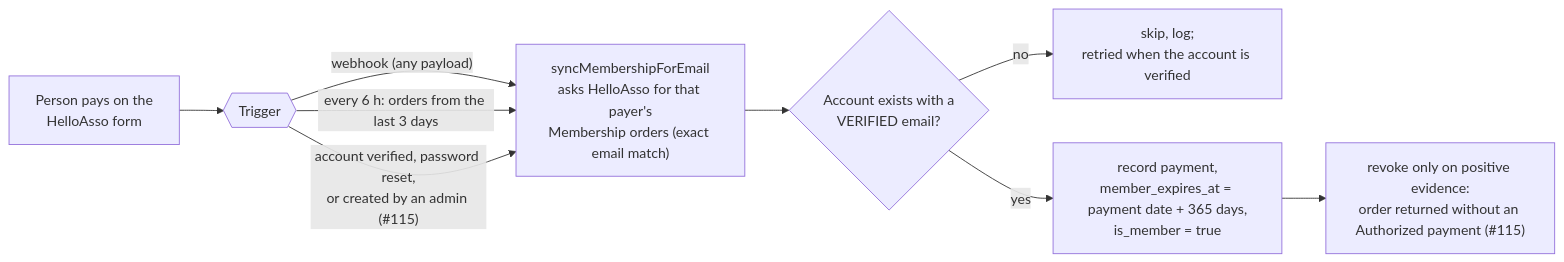
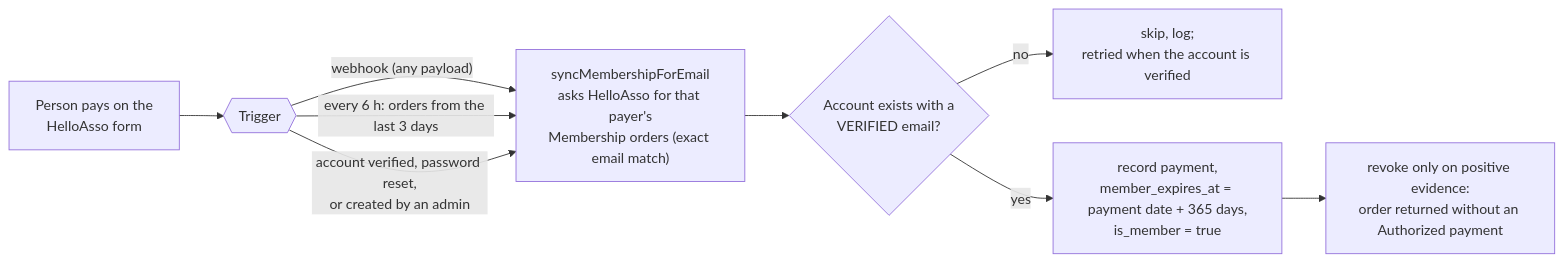
One commit to umasbooksadmin/umasbookswebsite changed the seventh of 12 diagrams in docs/architecture.md. Above: the diagram before and after it, drawn with Mermaid. The commit also changed other lines of this file, not shown here.

First line of the commit message:
Bring docs/architecture.md up to date

````diff
--- a/docs/architecture.md
+++ b/docs/architecture.md
@@ -353,12 +412,12 @@
 ```mermaid
 flowchart LR
   P["Person pays on the<br/>HelloAsso form"] --> T{{"Trigger"}}
   T -- "webhook (any payload)" --> S
   T -- "every 6 h: orders from the last 3 days" --> S
-  T -- "account verified, password reset,<br/>or created by an admin (#115)" --> S
+  T -- "account verified, password reset,<br/>or created by an admin" --> S
   S["syncMembershipForEmail<br/>asks HelloAsso for that payer's<br/>Membership orders (exact email match)"]
   S --> V{"Account exists with a<br/>VERIFIED email?"}
   V -- no --> W["skip, log;<br/>retried when the account is verified"]
   V -- yes --> R["record payment,<br/>member_expires_at = payment date + 365 days,<br/>is_member = true"]
-  R --> X["revoke only on positive evidence:<br/>order returned without an Authorized payment (#115)"]
+  R --> X["revoke only on positive evidence:<br/>order returned without an Authorized payment"]
 ```
````
